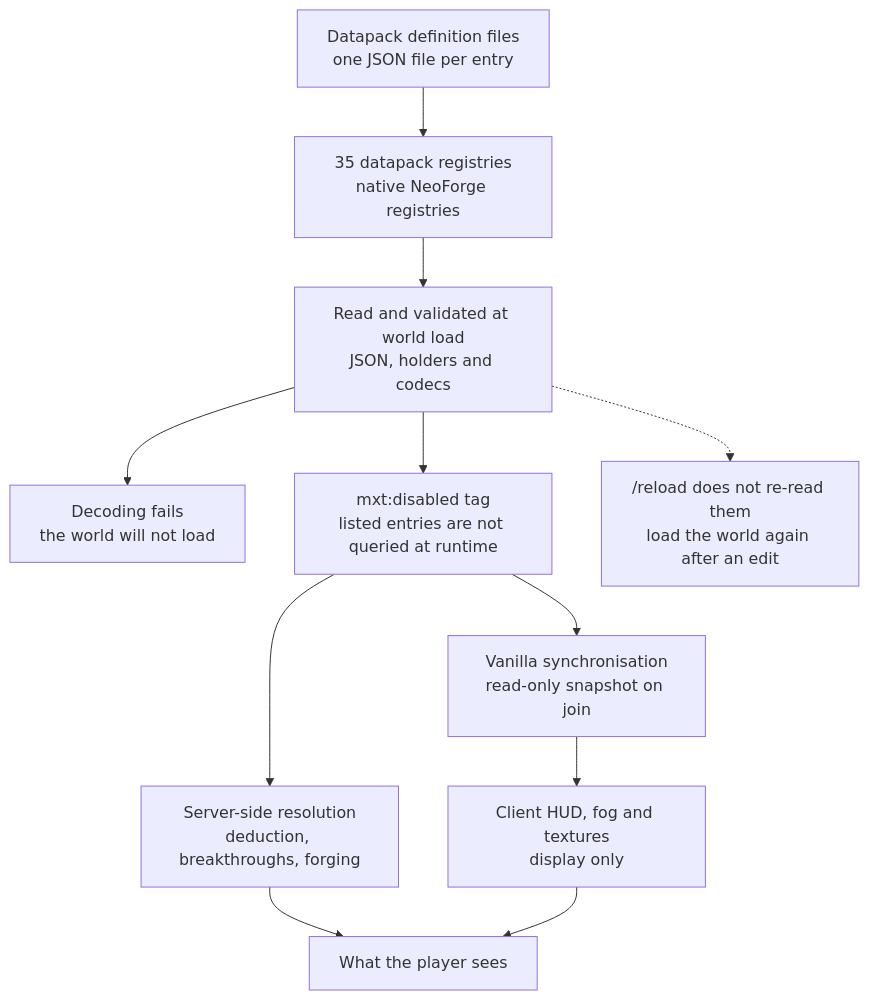
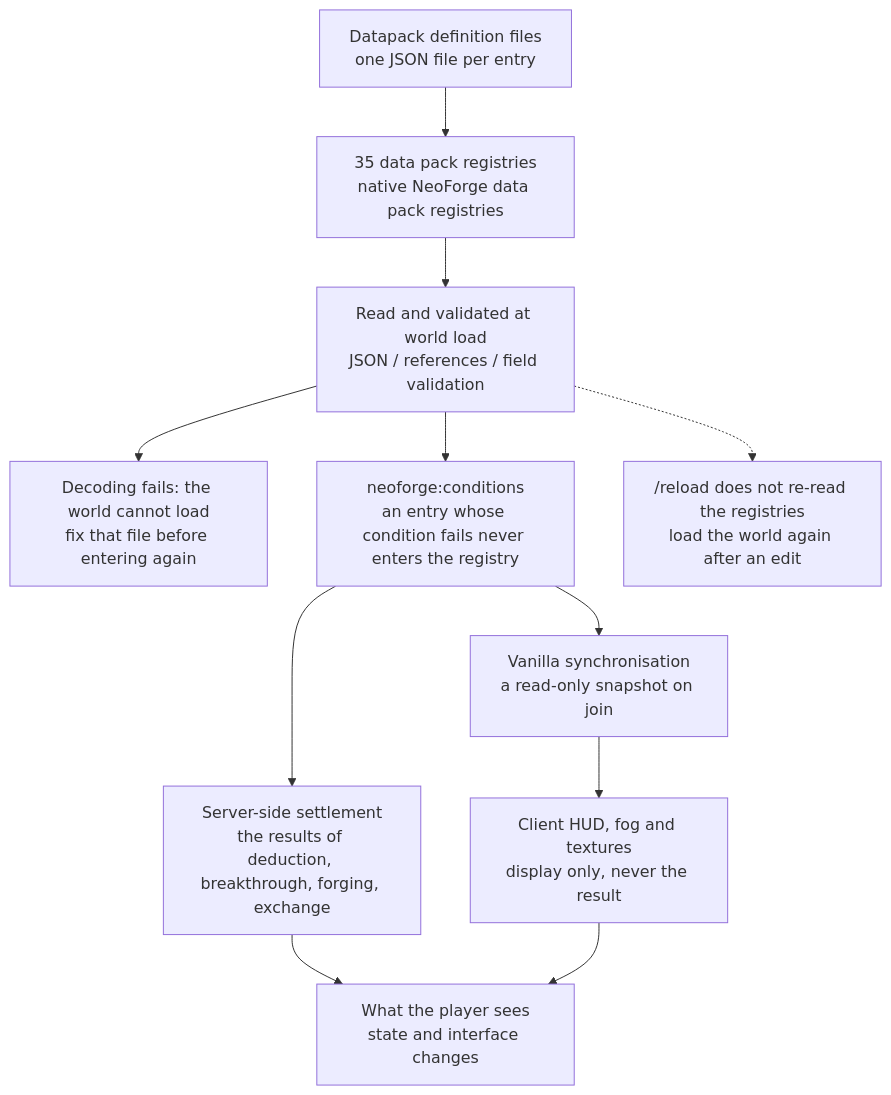
Before and after one commit to IAFEnvoy/mxt-docs: the diagram in docs/en/datapack/overview.md, drawn with Mermaid. The commit also changed other lines of this file and 231 other files, not shown here.

````diff
--- a/docs/en/datapack/overview.md
+++ b/docs/en/datapack/overview.md
@@ -79,13 +116,13 @@
 ```mermaid
 flowchart TD
-    A["Datapack definition files<br/>one JSON file per entry"] --> B["35 datapack registries<br/>native NeoForge registries"]
-    B --> C["Read and validated at world load<br/>JSON, holders and codecs"]
-    C --> D["Decoding fails<br/>the world will not load"]
-    C --> E["mxt:disabled tag<br/>listed entries are not queried at runtime"]
-    E --> F["Vanilla synchronisation<br/>read-only snapshot on join"]
-    E --> G["Server-side resolution<br/>deduction, breakthroughs, forging"]
-    F --> H["Client HUD, fog and textures<br/>display only"]
-    G --> I["What the player sees"]
+    A["Datapack definition files<br/>one JSON file per entry"] --> B["35 data pack registries<br/>native NeoForge data pack registries"]
+    B --> C["Read and validated at world load<br/>JSON / references / field validation"]
+    C --> D["Decoding fails: the world cannot load<br/>fix that file before entering again"]
+    C --> E["neoforge:conditions<br/>an entry whose condition fails never enters the registry"]
+    E --> F["Vanilla synchronisation<br/>a read-only snapshot on join"]
+    E --> G["Server-side settlement<br/>the results of deduction, breakthrough, forging, exchange"]
+    F --> H["Client HUD, fog and textures<br/>display only, never the result"]
+    G --> I["What the player sees<br/>state and interface changes"]
     H --> I
-    C -.-> J["/reload does not re-read them<br/>load the world again after an edit"]
+    C -.-> J["/reload does not re-read the registries<br/>load the world again after an edit"]
 ```
````
